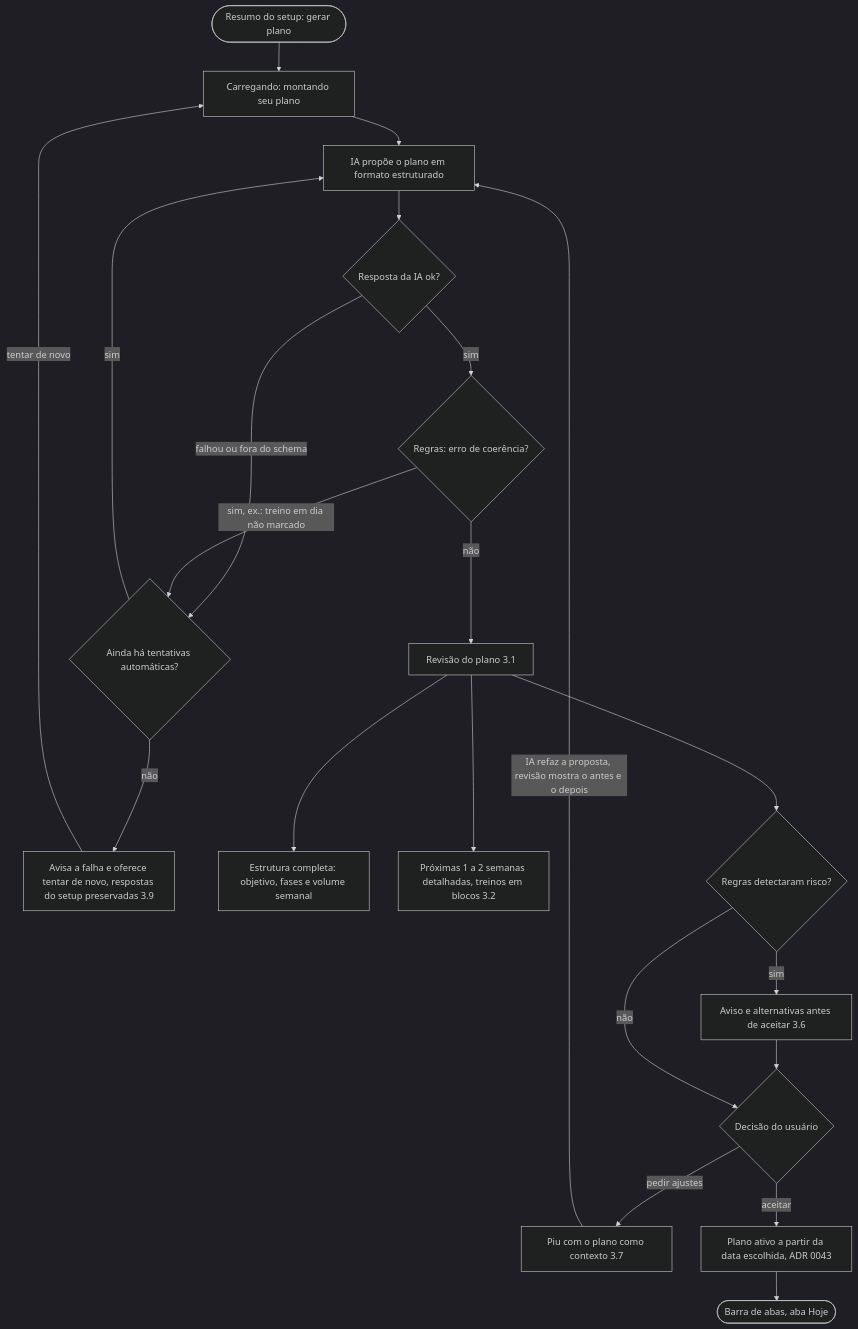
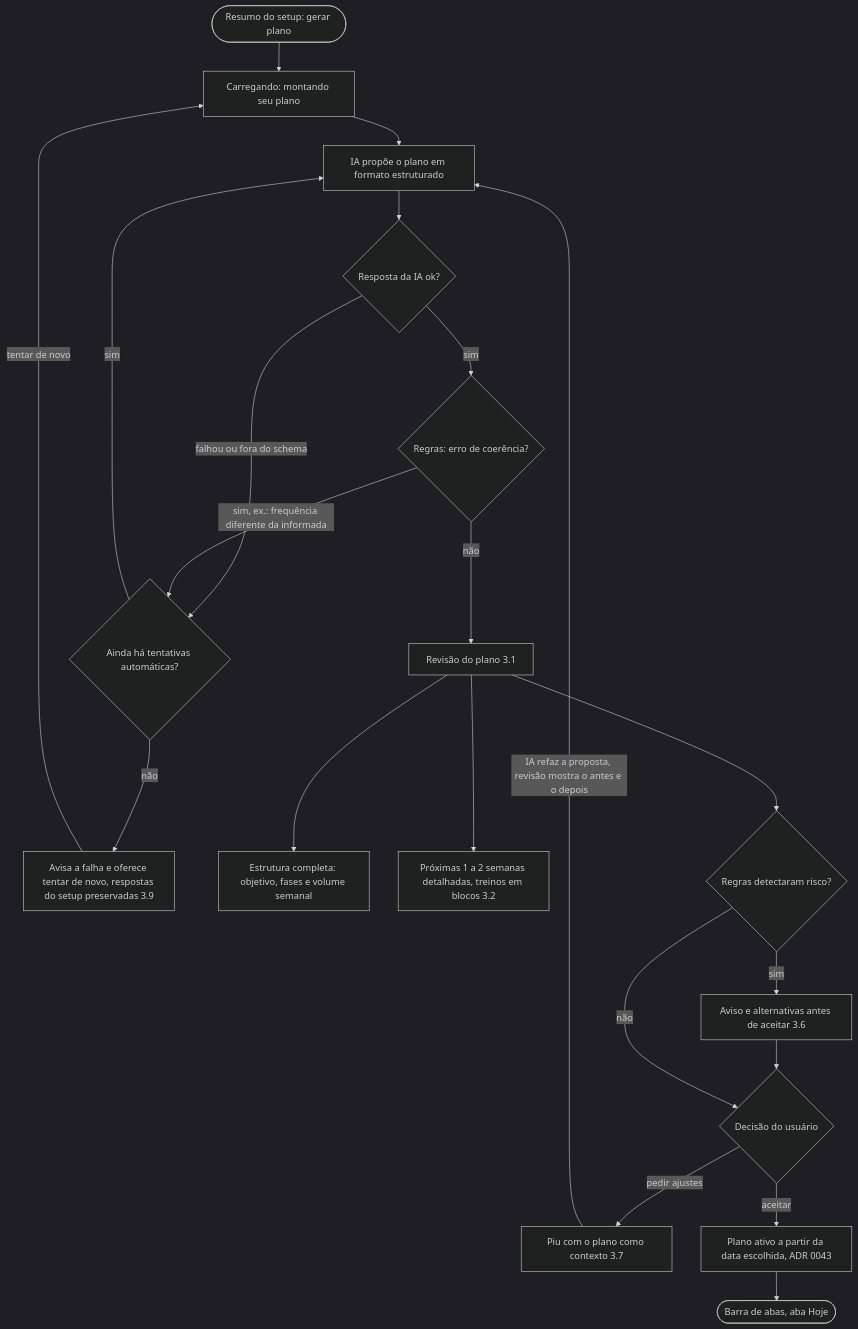
One commit to cruzvini/app-corrida changed the third of 11 diagrams in docs/fluxos.md. Above: the diagram before and after it, drawn with Mermaid (dark theme). The commit also changed 4 other files, not shown here.

````diff
--- a/docs/fluxos.md
+++ b/docs/fluxos.md
@@ -80,23 +80,23 @@
 ```mermaid
 flowchart TD
   A([Resumo do setup: gerar plano]) --> B[Carregando: montando seu plano]
   B --> C[IA propõe o plano em formato estruturado]
   C --> D{Resposta da IA ok?}
   D -- falhou ou fora do schema --> D1{Ainda há tentativas automáticas?}
   D1 -- sim --> C
   D1 -- não --> ERR[Avisa a falha e oferece tentar de novo, respostas do setup preservadas 3.9]
   ERR -- tentar de novo --> B
   D -- sim --> E{Regras: erro de coerência?}
-  E -- sim, ex.: treino em dia não marcado --> D1
+  E -- sim, ex.: frequência diferente da informada --> D1
   E -- não --> F[Revisão do plano 3.1]
   F --> F1["Estrutura completa: objetivo, fases e volume semanal"]
   F --> F2["Próximas 1 a 2 semanas detalhadas, treinos em blocos 3.2"]
   F --> G{Regras detectaram risco?}
   G -- sim --> G1[Aviso e alternativas antes de aceitar 3.6]
   G1 --> H
   G -- não --> H{Decisão do usuário}
   H -- pedir ajustes --> PIU[Piu com o plano como contexto 3.7]
   PIU -- IA refaz a proposta, revisão mostra o antes e o depois --> C
   H -- aceitar --> ATV[Plano ativo a partir da data escolhida, ADR 0043]
   ATV --> HOJE([Barra de abas, aba Hoje])
 ```
````
